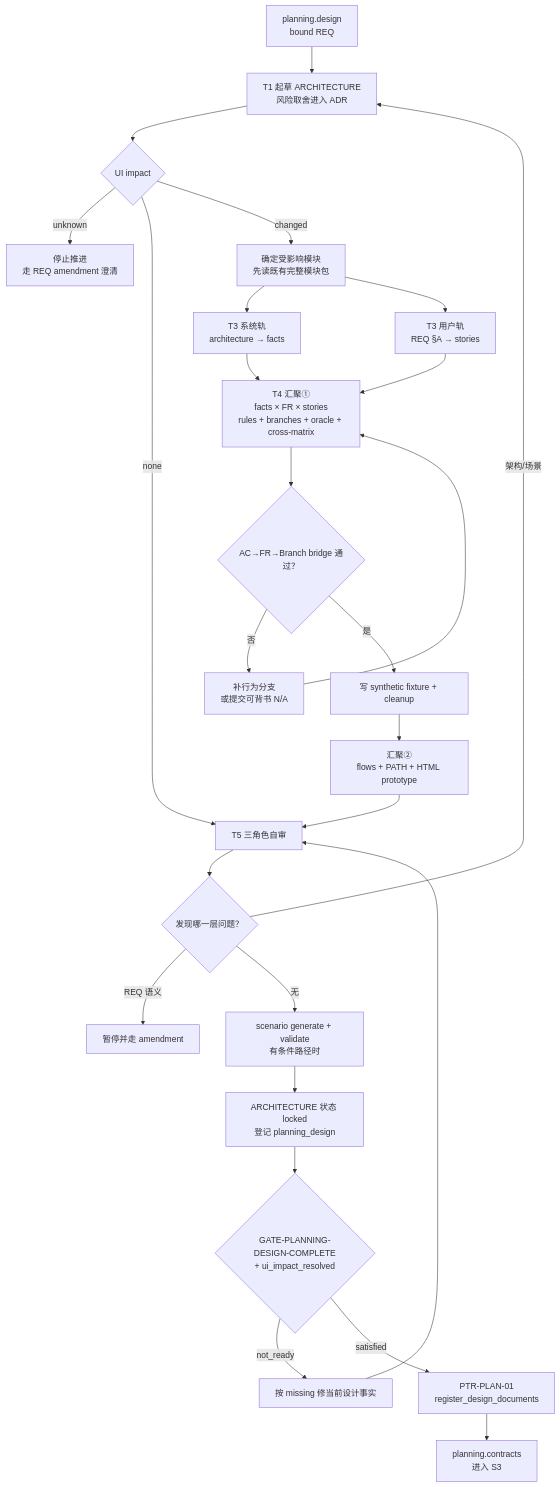
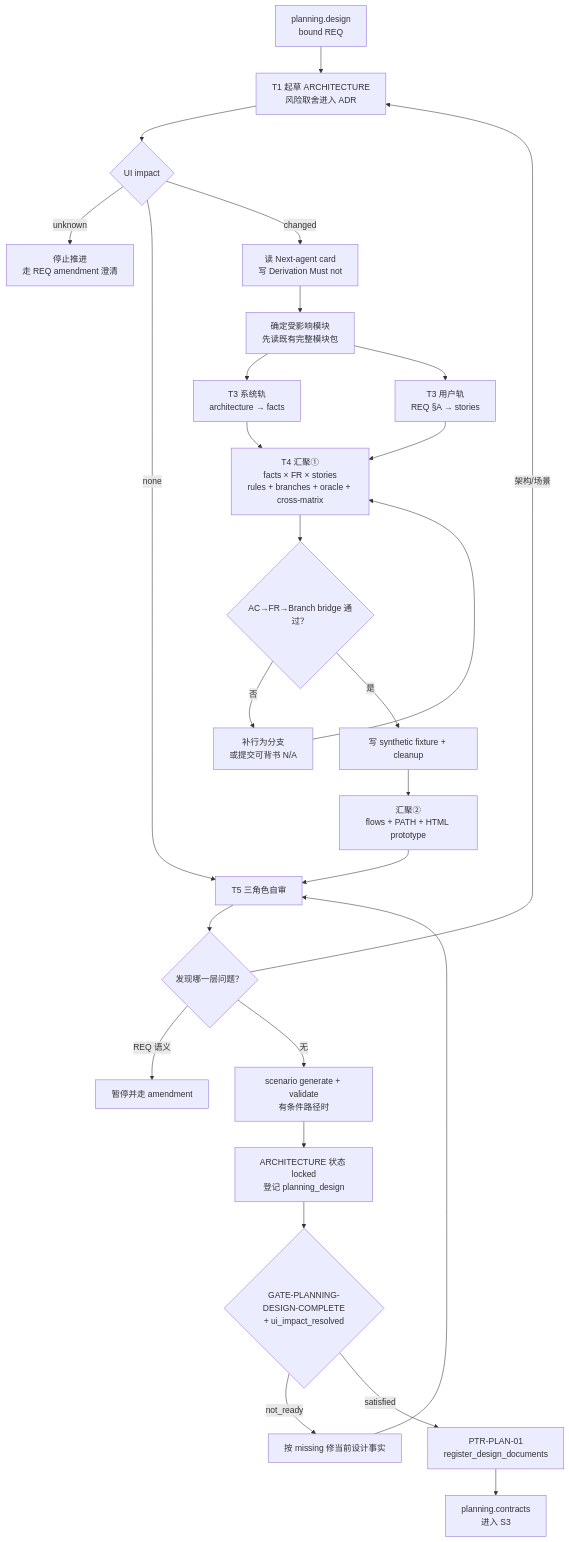
The second of 2 diagrams in blueprint/L3-S2-design.md (entroforge/go-system-builder), drawn with Mermaid before and after one commit. The commit also changed other lines of this file and 105 other files, not shown here.

````diff
--- a/blueprint/L3-S2-design.md
+++ b/blueprint/L3-S2-design.md
@@ -98,30 +98,31 @@
 ```mermaid
 flowchart TD
     IN["planning.design<br/>bound REQ"] --> ARCH["T1 起草 ARCHITECTURE<br/>风险取舍进入 ADR"]
     ARCH --> UI{"UI impact"}
     UI -->|unknown| STOP["停止推进<br/>走 REQ amendment 澄清"]
     UI -->|none| REVIEW["T5 三角色自审"]
-    UI -->|changed| MODULES["确定受影响模块<br/>先读既有完整模块包"]
+    UI -->|changed| DERIVE["读 Next-agent card<br/>写 Derivation Must not"]
+    DERIVE --> MODULES["确定受影响模块<br/>先读既有完整模块包"]
 
     MODULES --> SYS["T3 系统轨<br/>architecture → facts"]
     MODULES --> USER["T3 用户轨<br/>REQ §A → stories"]
     SYS --> CONV1["T4 汇聚①<br/>facts × FR × stories<br/>rules + branches + oracle + cross-matrix"]
     USER --> CONV1
     CONV1 --> BRIDGE{"AC→FR→Branch bridge 通过？"}
     BRIDGE -->|否| FIX1["补行为分支<br/>或提交可背书 N/A"]
     FIX1 --> CONV1
     BRIDGE -->|是| FIXTURE["写 synthetic fixture + cleanup"]
     FIXTURE --> CONV2["汇聚②<br/>flows + PATH + HTML prototype"]
     CONV2 --> REVIEW
 
     REVIEW --> DEFECT{"发现哪一层问题？"}
     DEFECT -->|REQ 语义| PAUSE["暂停并走 amendment"]
     DEFECT -->|架构/场景| ARCH
     DEFECT -->|无| GEN["scenario generate + validate<br/>有条件路径时"]
     GEN --> LOCK["ARCHITECTURE 状态 locked<br/>登记 planning_design"]
     LOCK --> GATE{"GATE-PLANNING-DESIGN-COMPLETE<br/>+ ui_impact_resolved"}
     GATE -->|not_ready| REPAIR["按 missing 修当前设计事实"]
     REPAIR --> REVIEW
     GATE -->|satisfied| PTR["PTR-PLAN-01<br/>register_design_documents"]
     PTR --> S3["planning.contracts<br/>进入 S3"]
 ```
````
